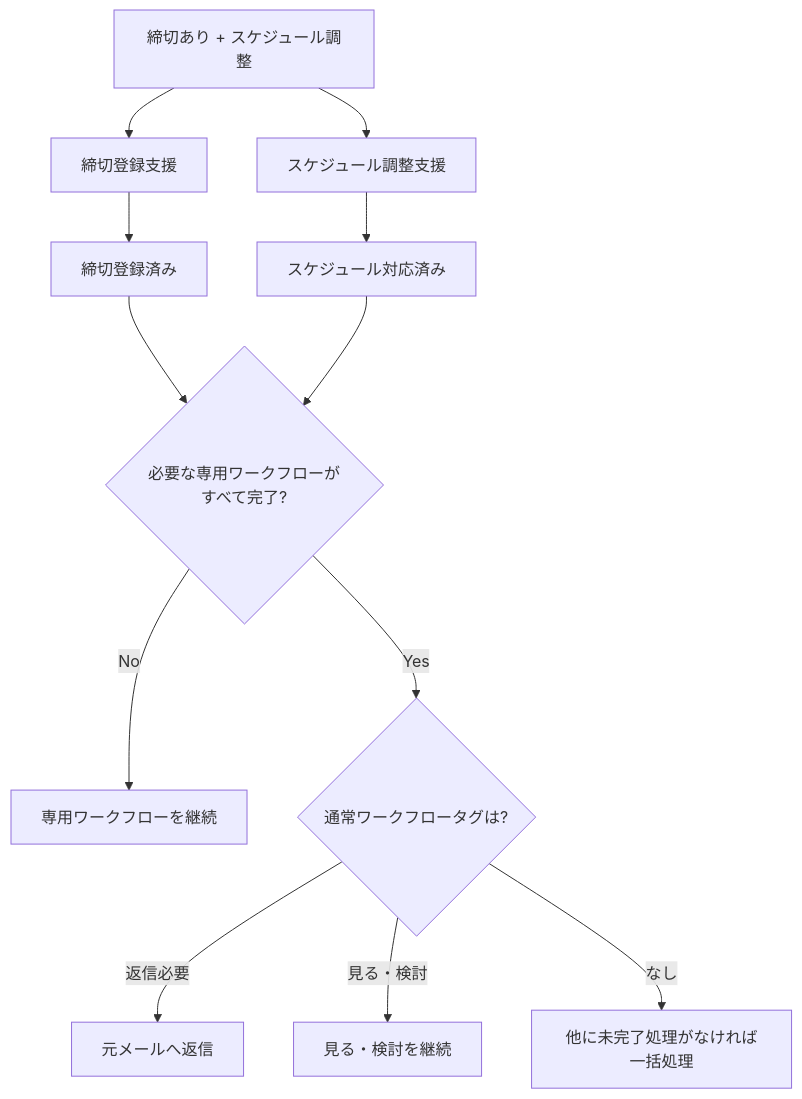
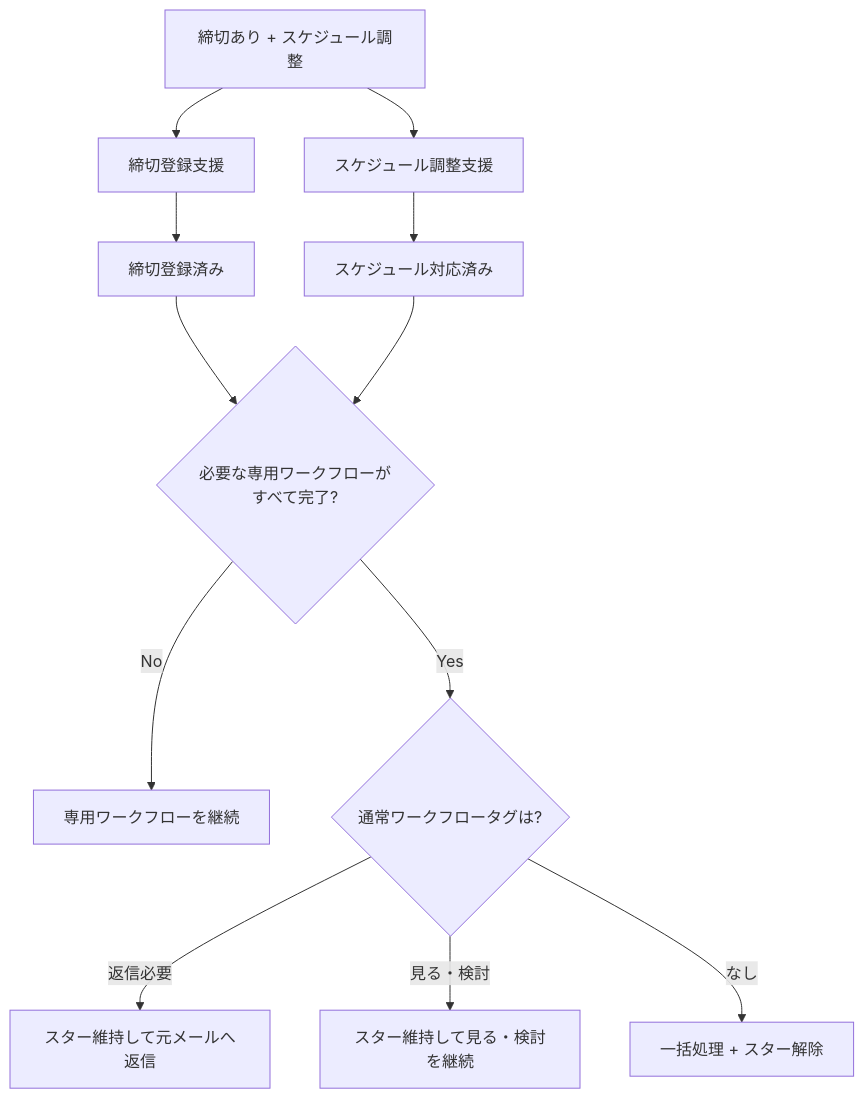
The third of 3 diagrams in docs/design_workflow.md (a3suger/WorkInBox), drawn with Mermaid before and after one commit. The commit also changed other lines of this file, not shown here.

Commit message:
Refine WorkInBox architecture and workflow completion rules

````diff
--- a/docs/design_workflow.md
+++ b/docs/design_workflow.md
@@ -677,14 +732,14 @@
 ```mermaid
 flowchart TD
     A[締切あり + スケジュール調整] --> B[締切登録支援]
     A --> C[スケジュール調整支援]
     B --> D[締切登録済み]
     C --> E[スケジュール対応済み]
     D --> F{必要な専用ワークフローがすべて完了?}
     E --> F
     F -- No --> G[専用ワークフローを継続]
     F -- Yes --> H{通常ワークフロータグは?}
-    H -->|返信必要| I[元メールへ返信]
-    H -->|見る・検討| J[見る・検討を継続]
-    H -->|なし| K[他に未完了処理がなければ一括処理]
+    H -->|返信必要| I[スター維持して元メールへ返信]
+    H -->|見る・検討| J[スター維持して見る・検討を継続]
+    H -->|なし| K[一括処理 + スター解除]
 ```
````
